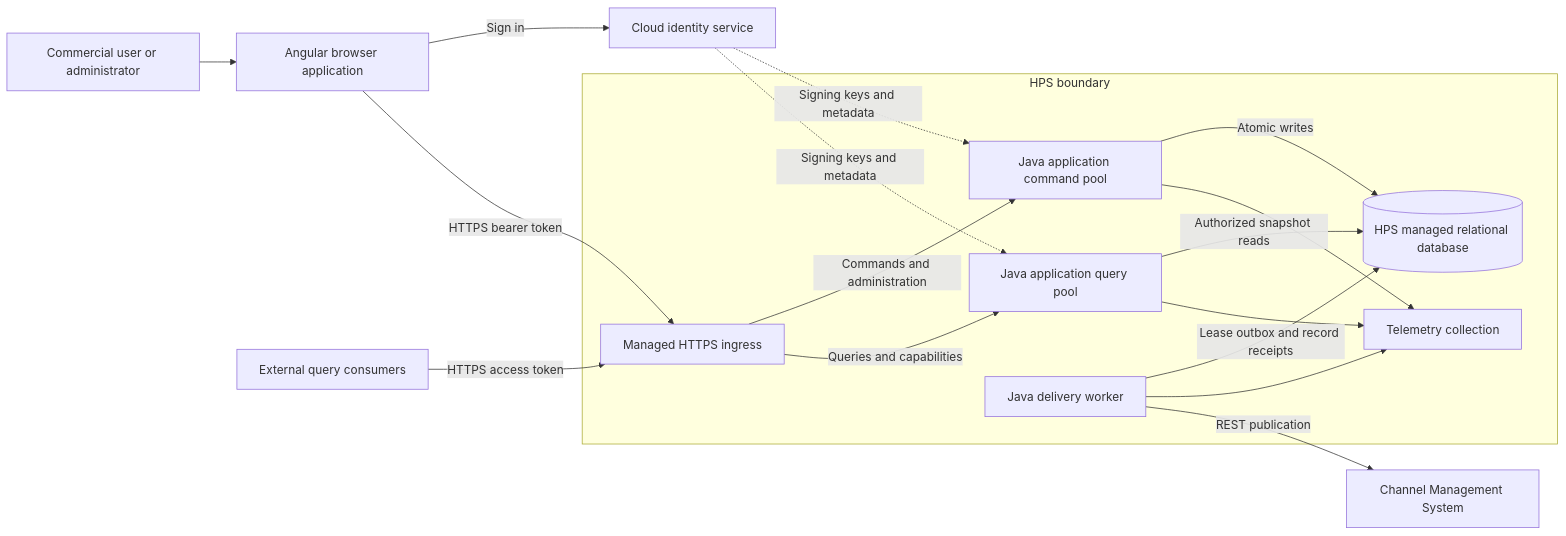
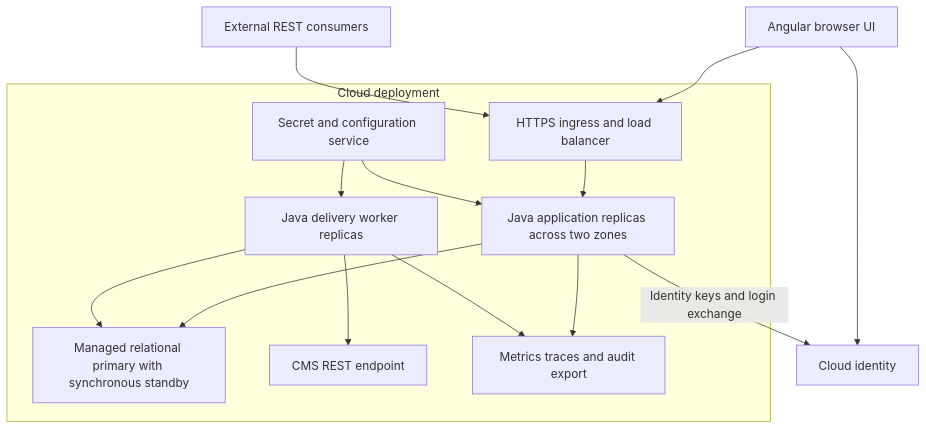
The third of 13 diagrams in HPS/design/architecture.md (yoona96/ADD_Codex), drawn with Mermaid before and after one commit. The commit also changed other lines of this file and 13 other files, not shown here.

````diff
--- a/HPS/design/architecture.md
+++ b/HPS/design/architecture.md
@@ -156,20 +136,17 @@
 ```mermaid
-flowchart LR
-    User[Commercial user or administrator] --> UI[Angular browser application]
-    UI -->|Sign in| IDP[Cloud identity service]
-    UI -->|HTTPS bearer token| Edge[Managed HTTPS ingress]
-    Consumer[External query consumers] -->|HTTPS access token| Edge
-    subgraph HPS[HPS boundary]
-        Edge -->|Commands and administration| Command[Java application command pool]
-        Edge -->|Queries and capabilities| Query[Java application query pool]
-        Command -->|Atomic writes| DB[(HPS managed relational database)]
-        Query -->|Authorized snapshot reads| DB
-        Worker[Java delivery worker] -->|Lease outbox and record receipts| DB
-        Command --> Telemetry[Telemetry collection]
-        Query --> Telemetry
+flowchart TB
+    Browser[Angular browser UI] --> Edge[HTTPS ingress and load balancer]
+    External[External REST consumers] --> Edge
+    Browser --> Identity[Cloud identity]
+    subgraph Cloud[Cloud deployment]
+        Edge --> API[Java application replicas across two zones]
+        API --> DB[Managed relational primary with synchronous standby]
+        Worker[Java delivery worker replicas] --> DB
+        Worker --> CMS[CMS REST endpoint]
+        API --> Telemetry[Metrics traces and audit export]
         Worker --> Telemetry
+        Secrets[Secret and configuration service] --> API
+        Secrets --> Worker
     end
-    IDP -.->|Signing keys and metadata| Command
-    IDP -.->|Signing keys and metadata| Query
-    Worker -->|REST publication| CMS[Channel Management System]
+    API -->|Identity keys and login exchange| Identity
 ```
````
